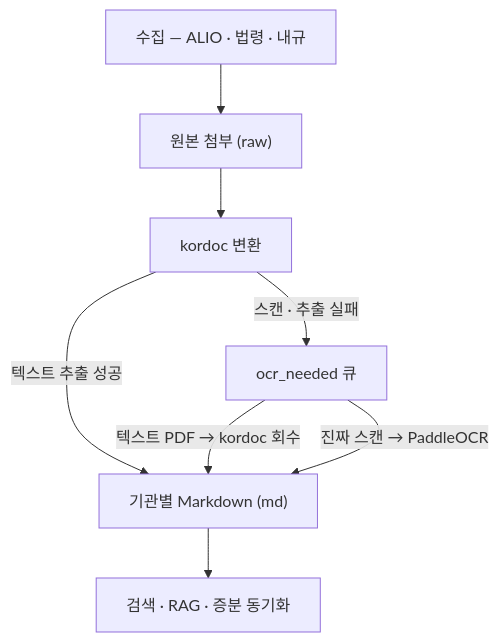
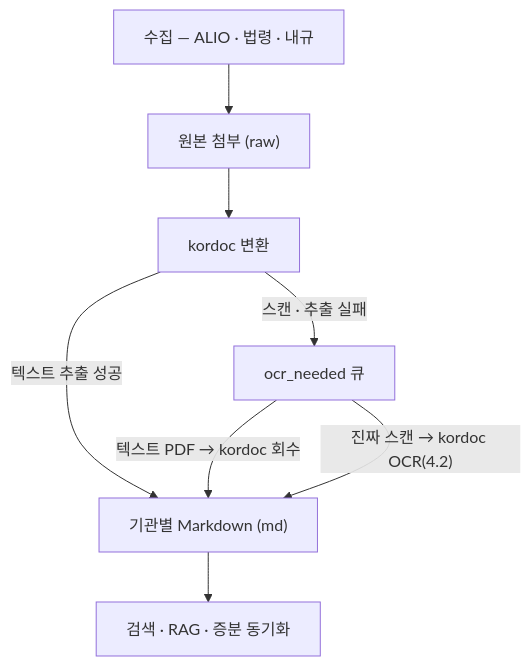
Before and after one commit to bigone-kcrew/crawl4alio: the diagram in README.md, drawn with Mermaid. The commit also changed other lines of this file, not shown here.

First line of the commit message:
docs(readme): OCR 서술 kordoc 위주 재작성 + 간략화

````diff
--- a/README.md
+++ b/README.md
@@ -52,10 +52,10 @@
 ```mermaid
 flowchart TB
     A["수집 — ALIO · 법령 · 내규"] --> R["원본 첨부 (raw)"]
     R --> K["kordoc 변환"]
     K -->|"텍스트 추출 성공"| M["기관별 Markdown (md)"]
     K -->|"스캔 · 추출 실패"| Q["ocr_needed 큐"]
     Q -->|"텍스트 PDF → kordoc 회수"| M
-    Q -->|"진짜 스캔 → PaddleOCR"| M
+    Q -->|"진짜 스캔 → kordoc OCR(4.2)"| M
     M --> S["검색 · RAG · 증분 동기화"]
 ```
````
